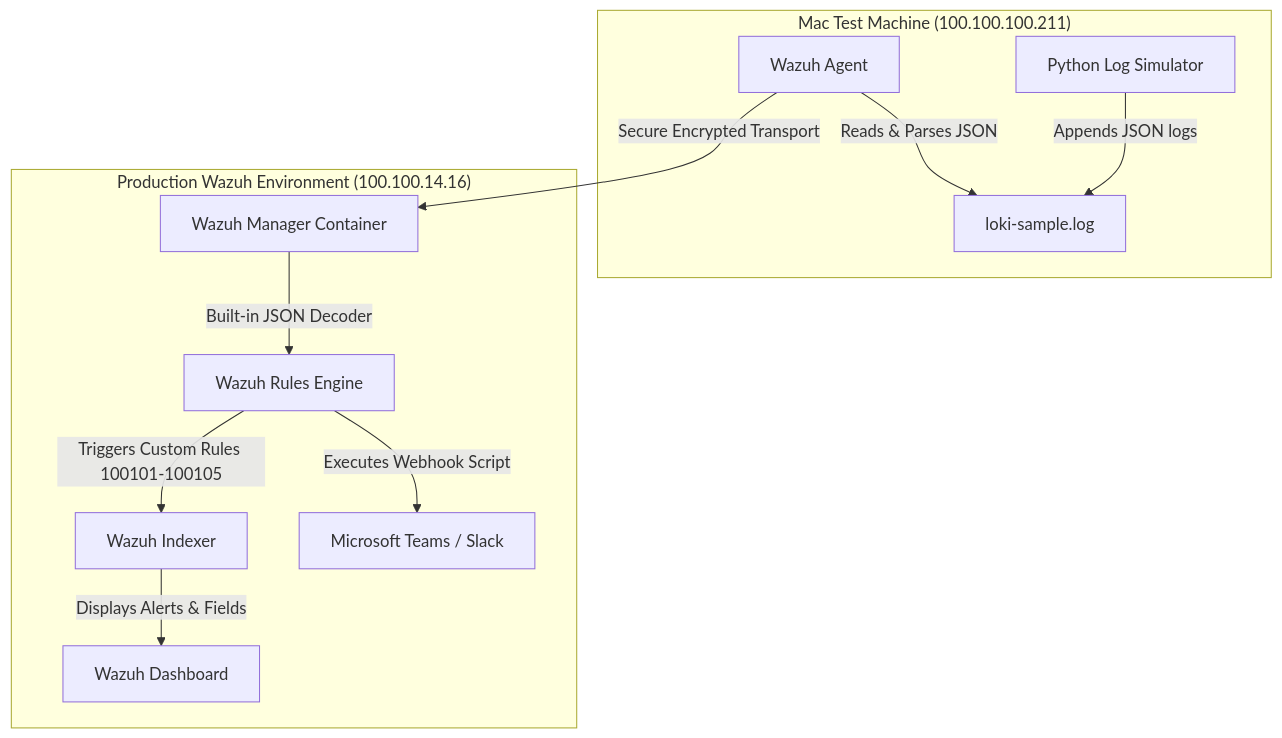
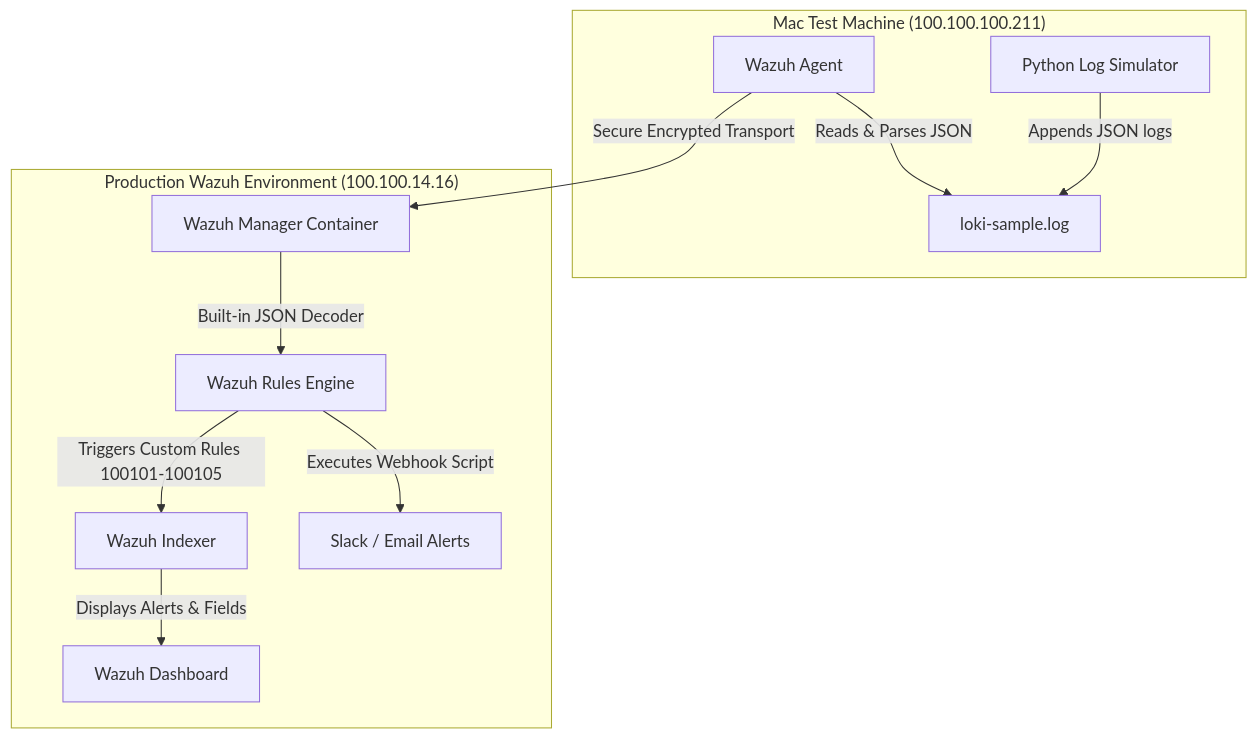
The diagram in README.md (luvahuja89/Loki_Wazuh_Integration_Testing), drawn with Mermaid before and after one commit. The commit also changed other lines of this file and 1 other file, not shown here.

Commit message:
Enhance README setup documentation & remove MS Teams integration

````diff
--- a/README.md
+++ b/README.md
@@ -11,15 +11,15 @@
 ```mermaid
 flowchart TD
     subgraph "Mac Test Machine (100.100.100.211)"
         A[Python Log Simulator] -->|Appends JSON logs| B[loki-sample.log]
         C[Wazuh Agent] -->|Reads & Parses JSON| B
     end
 
     subgraph "Production Wazuh Environment (100.100.14.16)"
         C -->|Secure Encrypted Transport| D[Wazuh Manager Container]
         D -->|Built-in JSON Decoder| E[Wazuh Rules Engine]
         E -->|Triggers Custom Rules 100101-100105| F[Wazuh Indexer]
-        E -->|Executes Webhook Script| G[Microsoft Teams / Slack]
+        E -->|Executes Webhook Script| G[Slack / Email Alerts]
         F -->|Displays Alerts & Fields| H[Wazuh Dashboard]
     end
 ```
````
